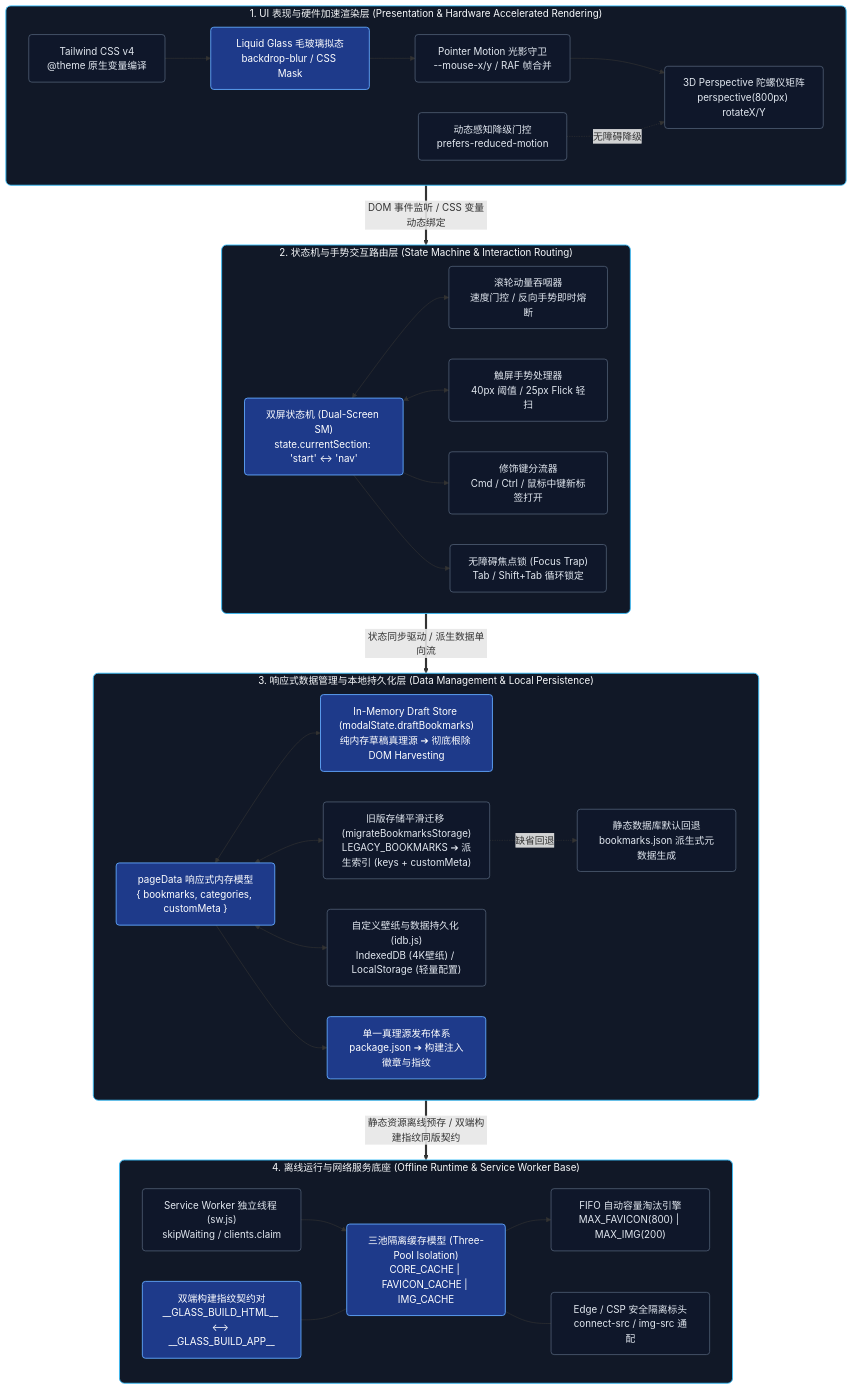
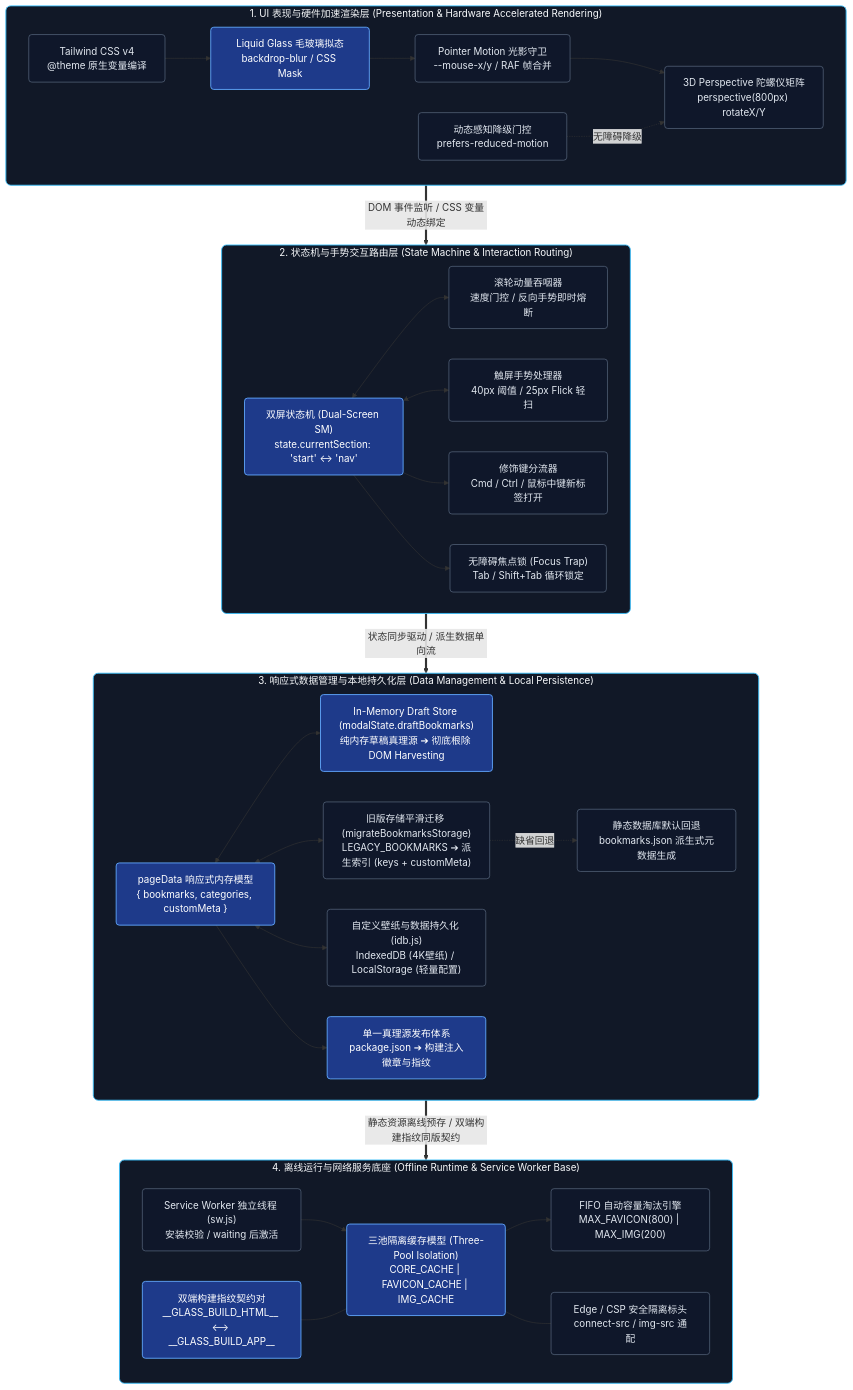
Before and after one commit to leosdcn/glass-start: the first of 5 diagrams in ARCHITECTURE.md, drawn with Mermaid. The commit also changed other lines of this file and 2 other files, not shown here.

````diff
--- a/ARCHITECTURE.md
+++ b/ARCHITECTURE.md
@@ -23,73 +23,73 @@
 ```mermaid
 flowchart TD
     %% ======================= LAYER 1: UI & HARDWARE RENDERING =======================
     subgraph L1 [" 1. UI 表现与硬件加速渲染层 (Presentation & Hardware Accelerated Rendering) "]
         direction LR
         TW4["Tailwind CSS v4<br/>@theme 原生变量编译"]:::nodeBox
         LG["Liquid Glass 毛玻璃拟态<br/>backdrop-blur / CSS Mask"]:::activeBox
         PMG["Pointer Motion 光影守卫<br/>--mouse-x/y / RAF 帧合并"]:::nodeBox
         T3D["3D Perspective 陀螺仪矩阵<br/>perspective(800px) rotateX/Y"]:::nodeBox
         A11Y_MOT["动态感知降级门控<br/>prefers-reduced-motion"]:::nodeBox
 
         TW4 --> LG --> PMG --> T3D
         A11Y_MOT -.->|"无障碍降级"| T3D
     end
 
     %% ======================= LAYER 2: STATE MACHINE & INTERACTION =======================
     subgraph L2 [" 2. 状态机与手势交互路由层 (State Machine & Interaction Routing) "]
         direction LR
         SM["双屏状态机 (Dual-Screen SM)<br/>state.currentSection: 'start' ↔ 'nav'"]:::activeBox
         WHEEL["滚轮动量吞咽器<br/>速度门控 / 反向手势即时熔断"]:::nodeBox
         TOUCH["触屏手势处理器<br/>40px 阈值 / 25px Flick 轻扫"]:::nodeBox
         ROUTER["修饰键分流器<br/>Cmd / Ctrl / 鼠标中键新标签打开"]:::nodeBox
         FOCUS_TRAP["无障碍焦点锁 (Focus Trap)<br/>Tab / Shift+Tab 循环锁定"]:::nodeBox
 
         SM <--> WHEEL
         SM <--> TOUCH
         SM --> ROUTER
         SM --> FOCUS_TRAP
     end
 
     %% ======================= LAYER 3: DATA PERSISTENCE =======================
     subgraph L3 [" 3. 响应式数据管理与本地持久化层 (Data Management & Local Persistence) "]
         direction LR
         RUNTIME["pageData 响应式内存模型<br/>{ bookmarks, categories, customMeta }"]:::activeBox
         DRAFT_STORE["In-Memory Draft Store (modalState.draftBookmarks)<br/>纯内存草稿真理源 ➔ 彻底根除 DOM Harvesting"]:::activeBox
         MIGRATION["旧版存储平滑迁移 (migrateBookmarksStorage)<br/>LEGACY_BOOKMARKS ➔ 派生索引 (keys + customMeta)"]:::nodeBox
         ASSET_STORE["自定义壁纸与数据持久化 (idb.js)<br/>IndexedDB (4K壁纸) / LocalStorage (轻量配置)"]:::nodeBox
         FALLBACK_JSON["静态数据库默认回退<br/>bookmarks.json 派生式元数据生成"]:::nodeBox
         SSOT["单一真理源发布体系<br/>package.json ➔ 构建注入徽章与指纹"]:::activeBox
 
         RUNTIME <--> DRAFT_STORE
         RUNTIME <--> MIGRATION
         RUNTIME <--> ASSET_STORE
         MIGRATION -.->|"缺省回退"| FALLBACK_JSON
         RUNTIME --> SSOT
     end
 
     %% ======================= LAYER 4: SERVICE WORKER & SECURITY =======================
     subgraph L4 [" 4. 离线运行与网络服务底座 (Offline Runtime & Service Worker Base) "]
         direction LR
-        SW_THREAD["Service Worker 独立线程 (sw.js)<br/>skipWaiting / clients.claim"]:::nodeBox
+        SW_THREAD["Service Worker 独立线程 (sw.js)<br/>安装校验 / waiting 后激活"]:::nodeBox
         THREE_CACHE["三池隔离缓存模型 (Three-Pool Isolation)<br/>CORE_CACHE | FAVICON_CACHE | IMG_CACHE"]:::activeBox
         FIFO_PRUNE["FIFO 自动容量淘汰引擎<br/>MAX_FAVICON(800) | MAX_IMG(200)"]:::nodeBox
         CSP_SEC["Edge / CSP 安全隔离标头<br/>connect-src / img-src 通配"]:::nodeBox
         BUILD_FP["双端构建指纹契约对<br/>__GLASS_BUILD_HTML__ ⟷ __GLASS_BUILD_APP__"]:::activeBox
 
         SW_THREAD --> THREE_CACHE --> FIFO_PRUNE
         THREE_CACHE --- CSP_SEC
         BUILD_FP --- THREE_CACHE
     end
 
     %% ======================= LAYER INTERCONNECTIONS =======================
     L1 ==>|"DOM 事件监听 / CSS 变量动态绑定"| L2
     L2 ==>|"状态同步驱动 / 派生数据单向流"| L3
     L3 ==>|"静态资源离线预存 / 双端构建指纹同版契约"| L4
 
     %% ======================= STYLES =======================
     classDef layerBox fill:#111827,stroke:#38bdf8,stroke-width:1.5px,color:#f8fafc,rx:8px
     classDef nodeBox fill:#0f172a,stroke:#64748b,stroke-width:1px,color:#e2e8f0,rx:5px
     classDef activeBox fill:#1e3a8a,stroke:#60a5fa,stroke-width:1.5px,color:#ffffff,rx:5px
 
     class L1,L2,L3,L4 layerBox
 ```
````
